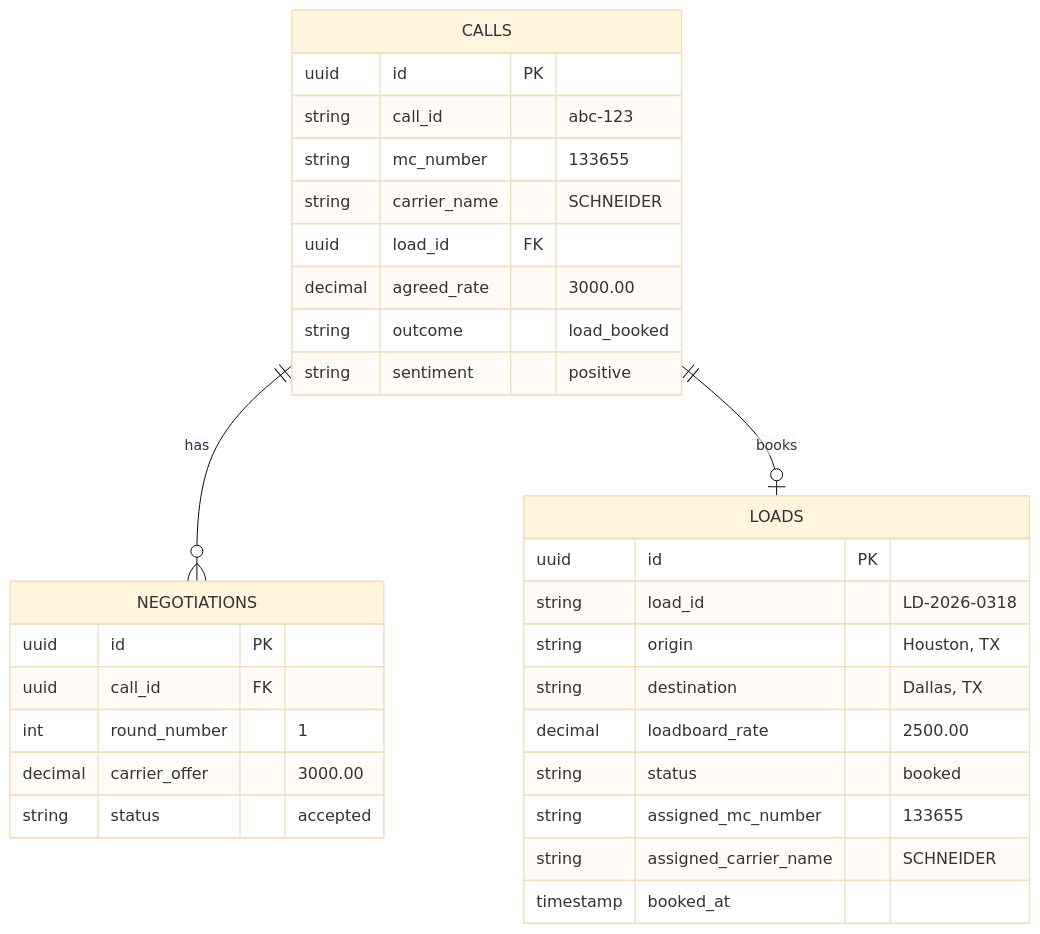
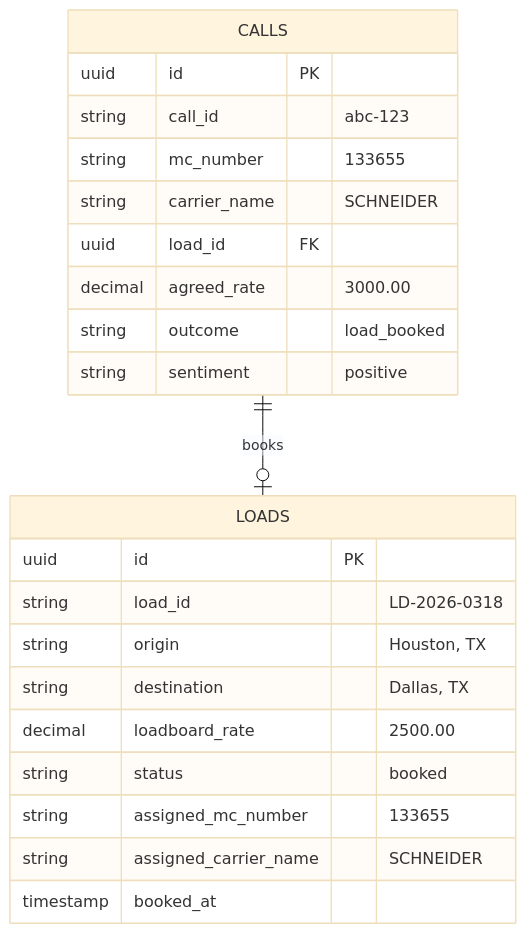
One commit to miguelpalospou/happy-robot-challenge changed the sixth of 13 diagrams in README.md. Above: the diagram before and after it, drawn with Mermaid (base theme). The commit also changed other lines of this file and 2 other files, not shown here.

First line of the commit message:
Update docs for simplified schema (no carriers/negotiations tables)

````diff
--- a/README.md
+++ b/README.md
@@ -279,36 +277,27 @@
 ```mermaid
 erDiagram
     LOADS {
         uuid id PK
         string load_id "LD-2026-0318"
         string origin "Houston, TX"
         string destination "Dallas, TX"
         decimal loadboard_rate "2500.00"
         string status "booked"
         string assigned_mc_number "133655"
         string assigned_carrier_name "SCHNEIDER"
         timestamp booked_at
     }
     
     CALLS {
         uuid id PK
         string call_id "abc-123"
         string mc_number "133655"
         string carrier_name "SCHNEIDER"
         uuid load_id FK
         decimal agreed_rate "3000.00"
         string outcome "load_booked"
         string sentiment "positive"
     }
     
-    NEGOTIATIONS {
-        uuid id PK
-        uuid call_id FK
-        int round_number "1"
-        decimal carrier_offer "3000.00"
-        string status "accepted"
-    }
-    
-    CALLS ||--o{ NEGOTIATIONS : has
     CALLS ||--o| LOADS : books
 ```
````
